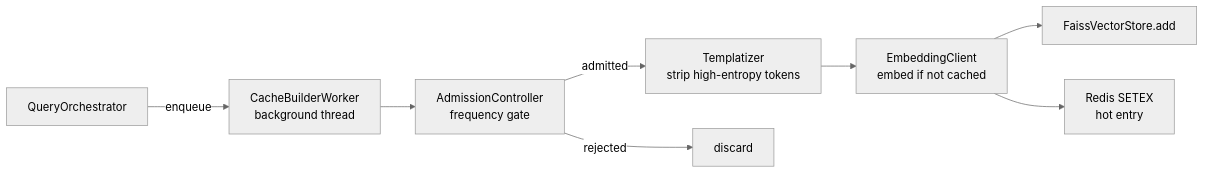
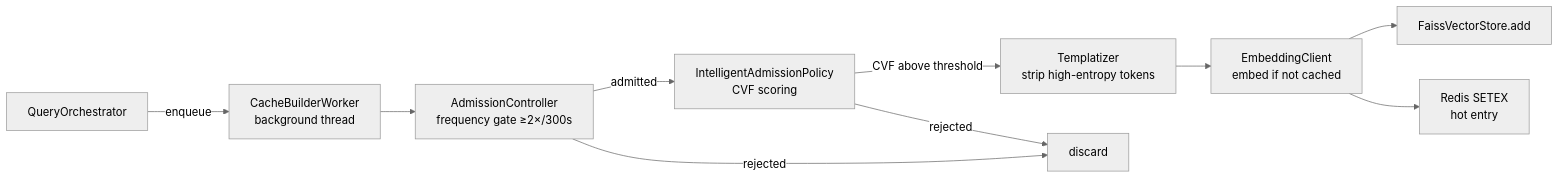
The diagram in docs/how-it-works/async-write-path.md (Ciphercrypt/LettuceCache), drawn with Mermaid (neutral theme) before and after one commit. The commit also changed other lines of this file and 1 other file, not shown here.

Commit message:
redis streams: spiritually present, operationally absent

````diff
--- a/docs/how-it-works/async-write-path.md
+++ b/docs/how-it-works/async-write-path.md
@@ -7,10 +7,12 @@
 ```mermaid
 flowchart LR
     A[QueryOrchestrator] -->|enqueue| B[CacheBuilderWorker\nbackground thread]
-    B --> C[AdmissionController\nfrequency gate]
-    C -->|admitted| D[Templatizer\nstrip high-entropy tokens]
-    D --> E[EmbeddingClient\nembed if not cached]
-    E --> F[FaissVectorStore.add]
-    E --> G[Redis SETEX\nhot entry]
-    C -->|rejected| H[discard]
+    B --> C[AdmissionController\nfrequency gate ≥2×/300s]
+    C -->|admitted| D[IntelligentAdmissionPolicy\nCVF scoring]
+    D -->|CVF above threshold| E[Templatizer\nstrip high-entropy tokens]
+    E --> F[EmbeddingClient\nembed if not cached]
+    F --> G[FaissVectorStore.add]
+    F --> H[Redis SETEX\nhot entry]
+    C -->|rejected| I[discard]
+    D -->|rejected| I
 ```
````
